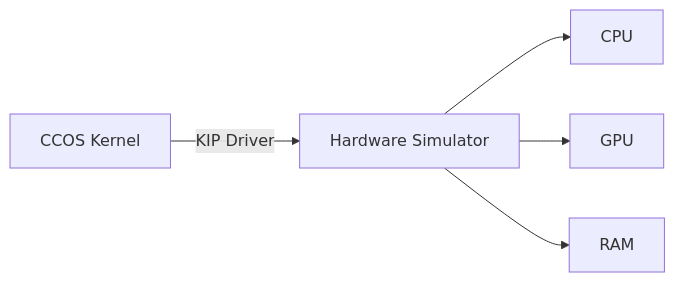
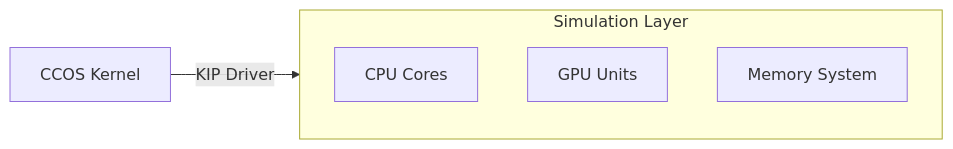
Before and after one commit to kurtnitsch/Crispy-Chicken-: the fifth of 6 diagrams in README.md, drawn with Mermaid. The commit also changed other lines of this file, not shown here.

````diff
--- a/README.md
+++ b/README.md
@@ -102,9 +153,14 @@
 ```mermaid
 flowchart LR
     CCOS[CCOS Kernel] -->|KIP Driver| Sim[Hardware Simulator]
-    Sim --> CPU
-    Sim --> GPU
-    Sim --> RAM
+    
+    subgraph Sim [Simulation Layer]
+        direction TB
+        CPU[CPU Cores]
+        GPU[GPU Units]
+        RAM[Memory System]
+    end
     
     class CCOS kernel
+    class Sim simulation
 ```
````
